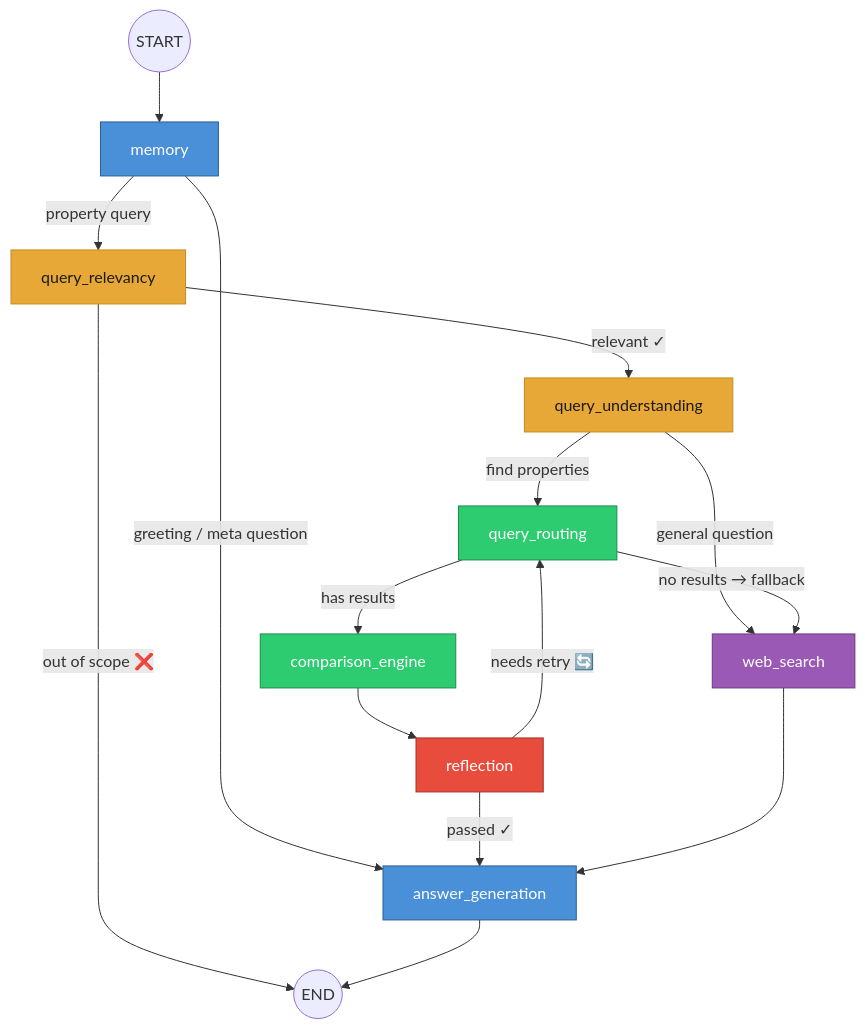
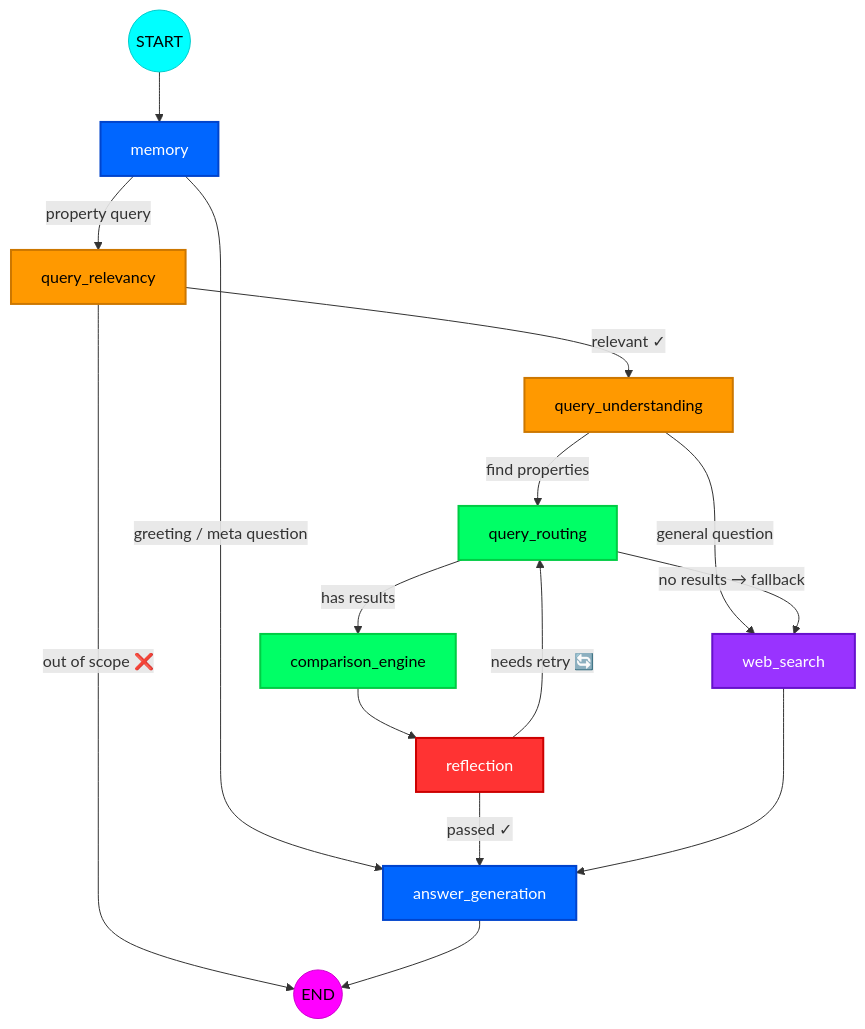
One commit to SherifGamal9441/Agentic-Property changed the first of 2 diagrams in README.md. Above: the diagram before and after it, drawn with Mermaid. The commit also changed other lines of this file and 1 other file, not shown here.

Commit message:
add project diagram and readme

````diff
--- a/README.md
+++ b/README.md
@@ -9,33 +21,34 @@
 ```mermaid
 flowchart TD
     START((START)) --> memory
 
     memory -->|"greeting / meta question"| answer_generation
     memory -->|"property query"| query_relevancy
 
     query_relevancy -->|"out of scope ❌"| END((END))
     query_relevancy -->|"relevant ✓"| query_understanding
 
     query_understanding -->|"find properties"| query_routing
     query_understanding -->|"general question"| web_search
 
     query_routing -->|"has results"| comparison_engine
     query_routing -->|"no results → fallback"| web_search
 
     comparison_engine --> reflection
     reflection -->|"passed ✓"| answer_generation
     reflection -->|"needs retry 🔄"| query_routing
 
     web_search --> answer_generation
     answer_generation --> END
 
-    %% Styles
-    style memory fill:#4a90d9,color:#fff,stroke:#2b5f8e
-    style query_relevancy fill:#e8a838,color:#1a1a1a,stroke:#c48a1e
-    style query_understanding fill:#e8a838,color:#1a1a1a,stroke:#c48a1e
-    style query_routing fill:#2ecc71,color:#fff,stroke:#1e8c4a
-    style web_search fill:#9b59b6,color:#fff,stroke:#6c3a82
-    style comparison_engine fill:#2ecc71,color:#fff,stroke:#1e8c4a
-    style reflection fill:#e74c3c,color:#fff,stroke:#a93226
-    style answer_generation fill:#4a90d9,color:#fff,stroke:#2b5f8e
+    style START fill:#00ffff,color:#000,stroke:#00cccc
+    style END fill:#ff00ff,color:#000,stroke:#cc00cc
+    style memory fill:#0066ff,color:#fff,stroke:#0044cc,stroke-width:2px
+    style query_relevancy fill:#ff9900,color:#000,stroke:#cc7700,stroke-width:2px
+    style query_understanding fill:#ff9900,color:#000,stroke:#cc7700,stroke-width:2px
+    style query_routing fill:#00ff66,color:#000,stroke:#00cc44,stroke-width:2px
+    style web_search fill:#9933ff,color:#fff,stroke:#6611cc,stroke-width:2px
+    style comparison_engine fill:#00ff66,color:#000,stroke:#00cc44,stroke-width:2px
+    style reflection fill:#ff3333,color:#fff,stroke:#cc0000,stroke-width:2px
+    style answer_generation fill:#0066ff,color:#fff,stroke:#0044cc,stroke-width:2px
 ```
````
